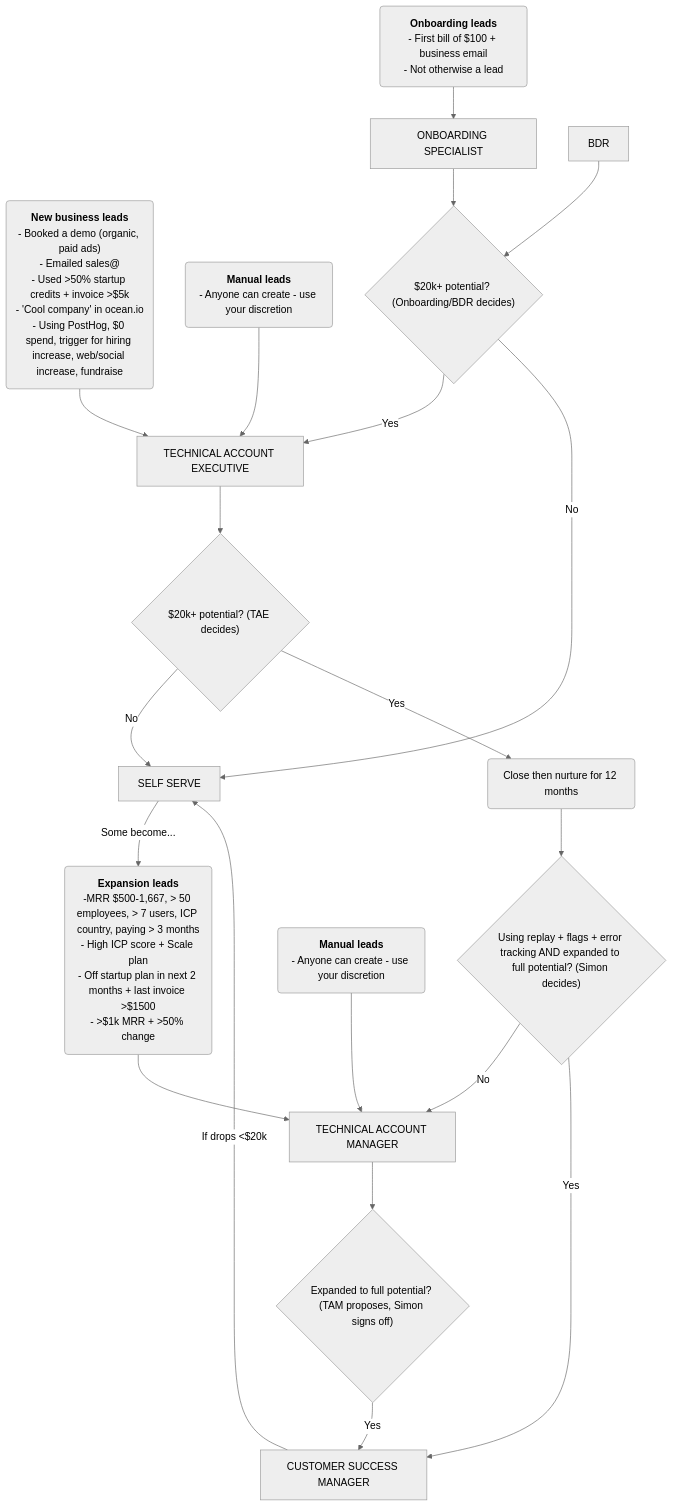
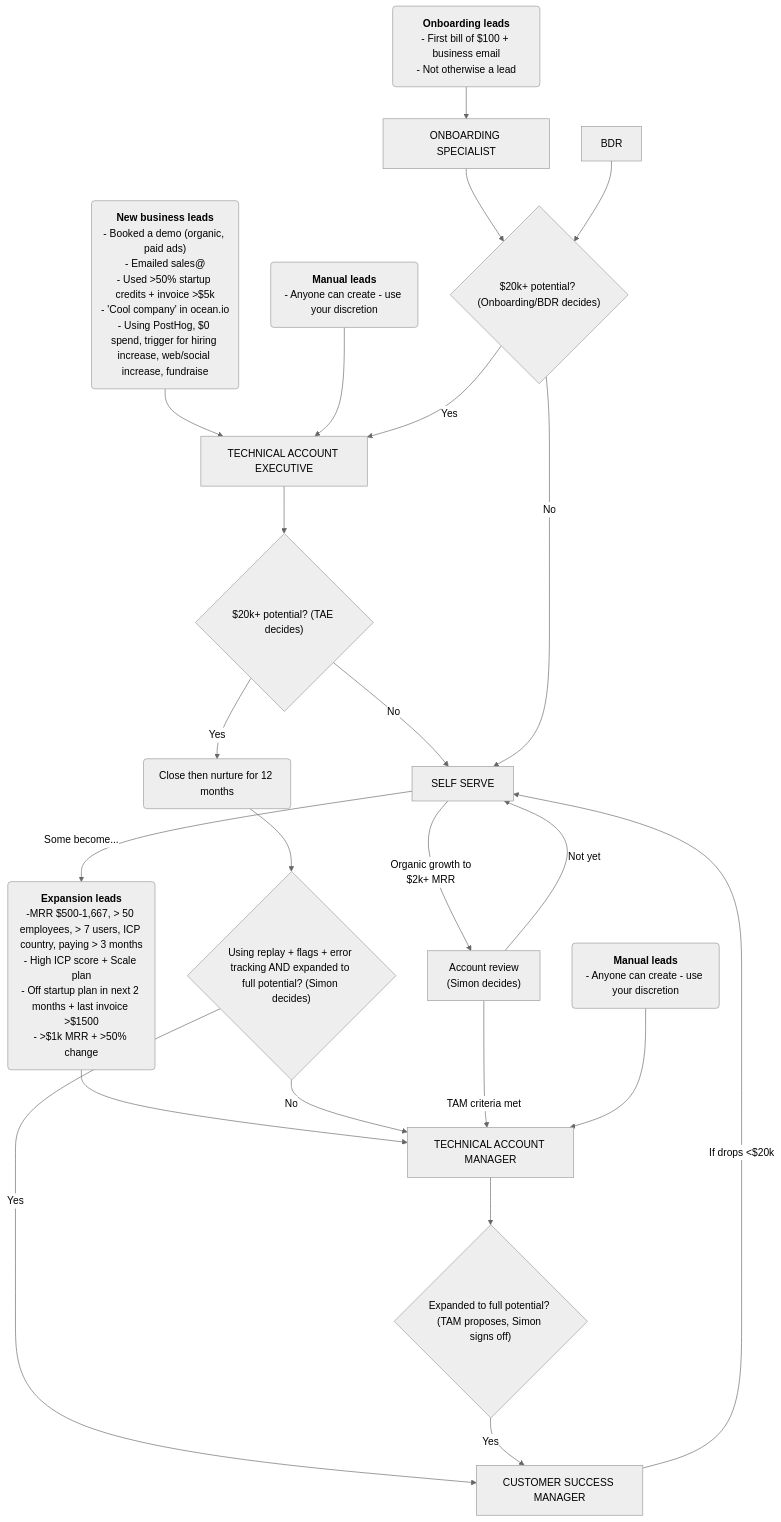
One commit to PostHog/posthog.com changed the diagram in contents/handbook/growth/sales/accounts-overview.md. Above: the diagram before and after it, drawn with Mermaid (neutral theme).

Commit message:
Update accounts-overview.md
@simfish85 iirc you do regular manual reviews based off of spend increase to flag potential TAM candidates. It feels distinct from “manual leads” so I added it separately but happy to keep it under manual leads if you prefer!

````diff
--- a/contents/handbook/growth/sales/accounts-overview.md
+++ b/contents/handbook/growth/sales/accounts-overview.md
@@ -11,39 +11,43 @@
 ```mermaid
 
 flowchart TB
     A@{ label: "<b>New business leads<br></b>- Booked a demo (organic, paid ads)<br>- Emailed sales@<br>- Used &gt;50% startup credits + invoice &gt;$5k<br>- 'Cool company' in ocean.io<br>- Using PostHog, $0 spend, trigger for hiring increase, web/social increase, fundraise" } --> C["TECHNICAL ACCOUNT EXECUTIVE"]
     B["<b>Expansion leads</b><br>-MRR $500-1,667, &gt; 50 employees, &gt; 7 users, ICP country, paying &gt; 3 months<br>- High ICP score + Scale plan<br>- Off startup plan in next 2 months + last invoice &gt;$1500<br>- &gt;$1k MRR + &gt;50% change"] --> D["TECHNICAL ACCOUNT MANAGER"]
     n1["<b>Manual leads</b><br>- Anyone can create - use your discretion"] --> C
     n2@{ label: "<span style=\"color:\"><b>Onboarding leads</b><br>- F</span>irst bill of $100 + business email<br>- Not otherwise a lead" } --> n8["ONBOARDING SPECIALIST"]
     C --> n4["$20k+ potential? (TAE decides)"]
     n4 -- No --> n3["SELF SERVE"]
     n4 -- Yes --> n5["Close then nurture for 12 months"]
     n5 --> n7["Using replay + flags + error tracking AND expanded to full potential? (Simon decides)"]
     n7 -- No --> D
     n7 -- Yes --> n6["CUSTOMER SUCCESS MANAGER"]
     n8 --> n9["$20k+ potential? (Onboarding/BDR decides)"]
     n9 -- Yes --> C
     n9 -- No --> n3
+    n3 -- "Organic growth to<br>$2k+ MRR" --> n14["Account review<br>(Simon decides)"]
+    n14 -- "TAM criteria met" --> D
+    n14 -- "Not yet" --> n3
+    
     D --> n10["Expanded to full potential? (TAM proposes, Simon signs off)"]
     n10 -- Yes --> n6
     n11["BDR"] --> n9
     n3 -- "Some become..." --> B
     n12["<b>Manual leads</b><br>- Anyone can create - use your discretion"] --> D
     n6 -- If drops <$20k --> n3
 
     A@{ shape: rounded}
     B@{ shape: rounded}
     n1@{ shape: rounded}
     n2@{ shape: rounded}
     n8@{ shape: rect}
     n4@{ shape: diam}
     n3@{ shape: rect}
     n5@{ shape: rounded}
     n7@{ shape: diam}
     n6@{ shape: rect}
     n9@{ shape: diam}
     n10@{ shape: diam}
     n11@{ shape: rect}
     n12@{ shape: rounded}
 
 ```
````
